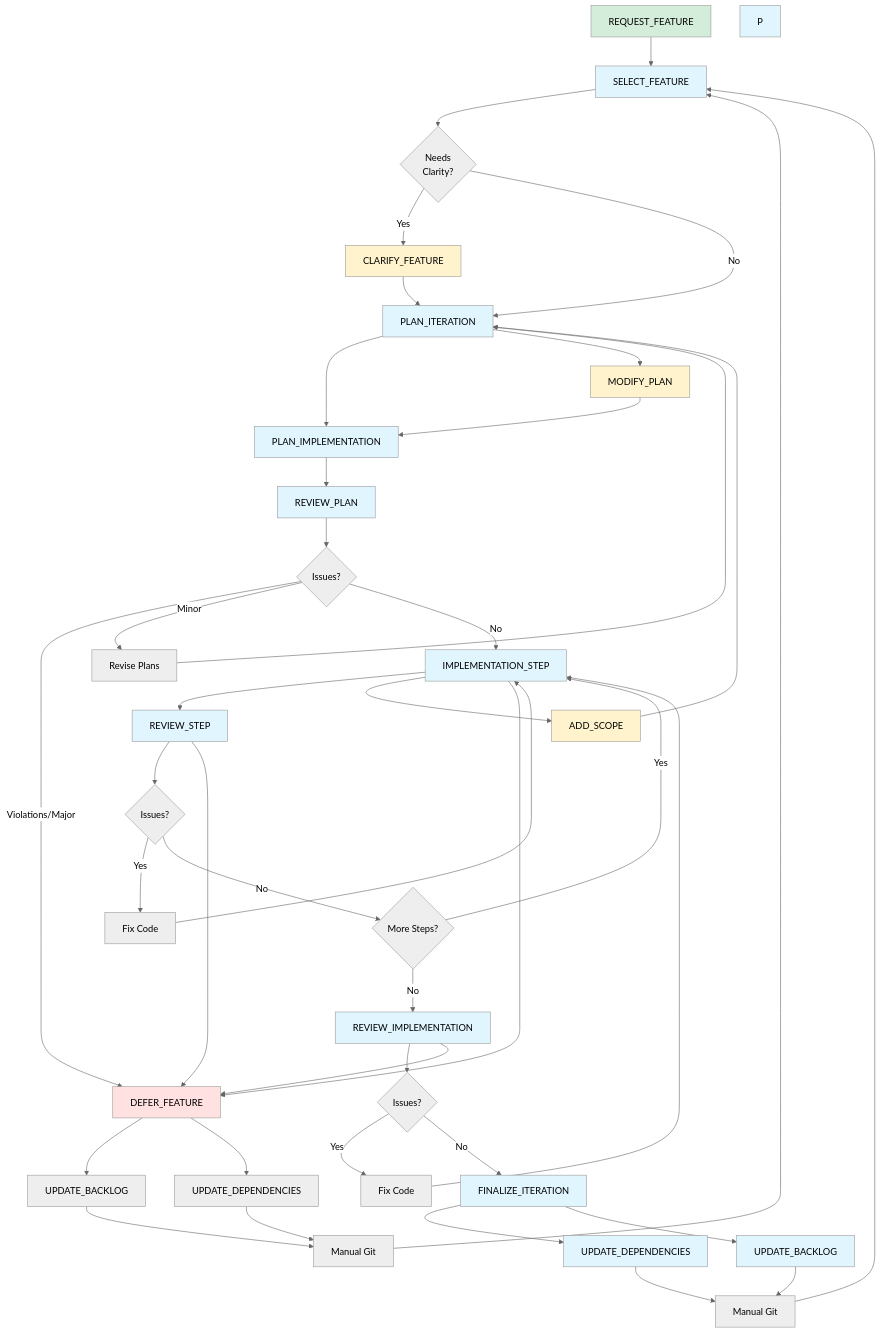
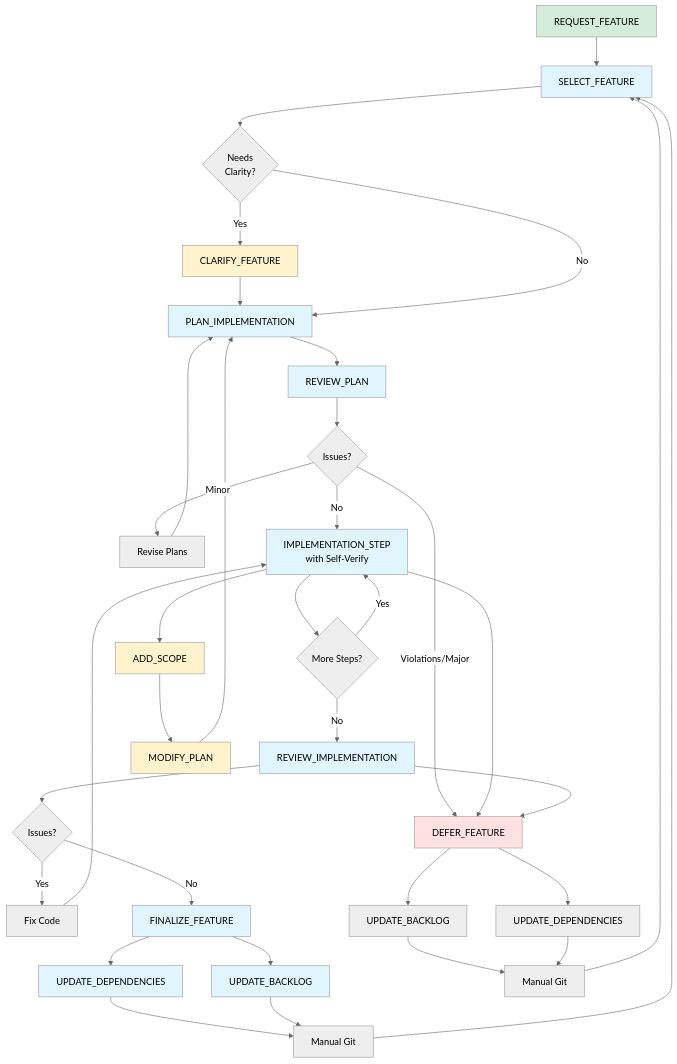
One commit to EvanLavender13/FrogLords changed the diagram in TASKS/FEATURE/WORKFLOW.md. Above: the diagram before and after it, drawn with Mermaid (neutral theme). The commit also changed other lines of this file and 18 other files, not shown here.

````diff
--- a/TASKS/FEATURE/WORKFLOW.md
+++ b/TASKS/FEATURE/WORKFLOW.md
@@ -9,64 +9,54 @@
 ```mermaid
 graph TD
     REQ[REQUEST_FEATURE] --> A[SELECT_FEATURE]
     A --> CLAR{Needs<br/>Clarity?}
     CLAR -->|Yes| CF[CLARIFY_FEATURE]
-    CF --> B[PLAN_ITERATION]
-    CLAR -->|No| B
-    B --> C[PLAN_IMPLEMENTATION]
+    CF --> C[PLAN_IMPLEMENTATION]
+    CLAR -->|No| C
     C --> D[REVIEW_PLAN]
     D --> E{Issues?}
     E -->|Violations/Major| F[DEFER_FEATURE]
     E -->|Minor| G[Revise Plans]
-    G --> B
-    E -->|No| H[IMPLEMENTATION_STEP]
-    H --> RS[REVIEW_STEP]
-    RS --> RSI{Issues?}
-    RSI -->|Yes| L2[Fix Code]
-    L2 --> H
-    RSI -->|No| I{More Steps?}
+    G --> C
+    E -->|No| H[IMPLEMENTATION_STEP<br/>with Self-Verify]
+    H --> I{More Steps?}
     I -->|Yes| H
     I -->|No| J[REVIEW_IMPLEMENTATION]
     J --> K{Issues?}
     K -->|Yes| L[Fix Code]
     L --> H
-    K -->|No| M[FINALIZE_ITERATION]
+    K -->|No| M[FINALIZE_FEATURE]
     M --> N[UPDATE_DEPENDENCIES]
     M --> O[UPDATE_BACKLOG]
     N --> Q[Manual Git]
     O --> Q
     Q --> A
     F --> R[UPDATE_BACKLOG]
     F --> S[UPDATE_DEPENDENCIES]
     R --> U[Manual Git]
     S --> U
     U --> A
 
-    %% Mid-iteration scope changes
+    %% Mid-feature scope changes
     H --> AS[ADD_SCOPE]
-    AS --> B
-    B --> MP[MODIFY_PLAN]
+    AS --> MP[MODIFY_PLAN]
     MP --> C
 
     %% Implementation-phase deferral
     H --> F
-    RS --> F
     J --> F
 
     style REQ fill:#d4edda
     style A fill:#e1f5ff
     style CF fill:#fff3cd
-    style B fill:#e1f5ff
     style C fill:#e1f5ff
     style D fill:#e1f5ff
     style F fill:#ffe1e1
     style H fill:#e1f5ff
-    style RS fill:#e1f5ff
     style J fill:#e1f5ff
     style M fill:#e1f5ff
     style N fill:#e1f5ff
     style O fill:#e1f5ff
-    style P fill:#e1f5ff
     style AS fill:#fff3cd
     style MP fill:#fff3cd
 ```
````
